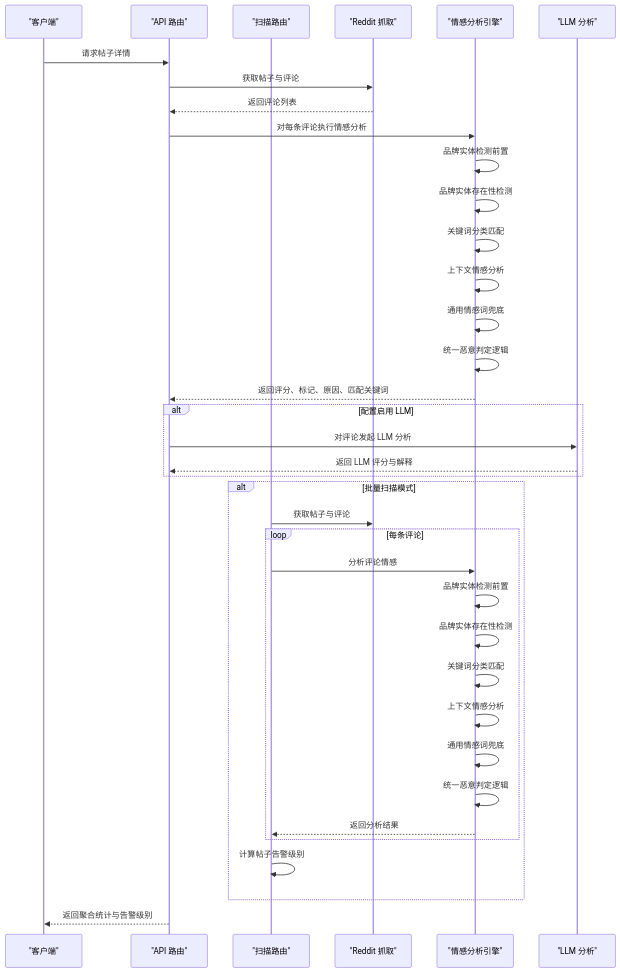
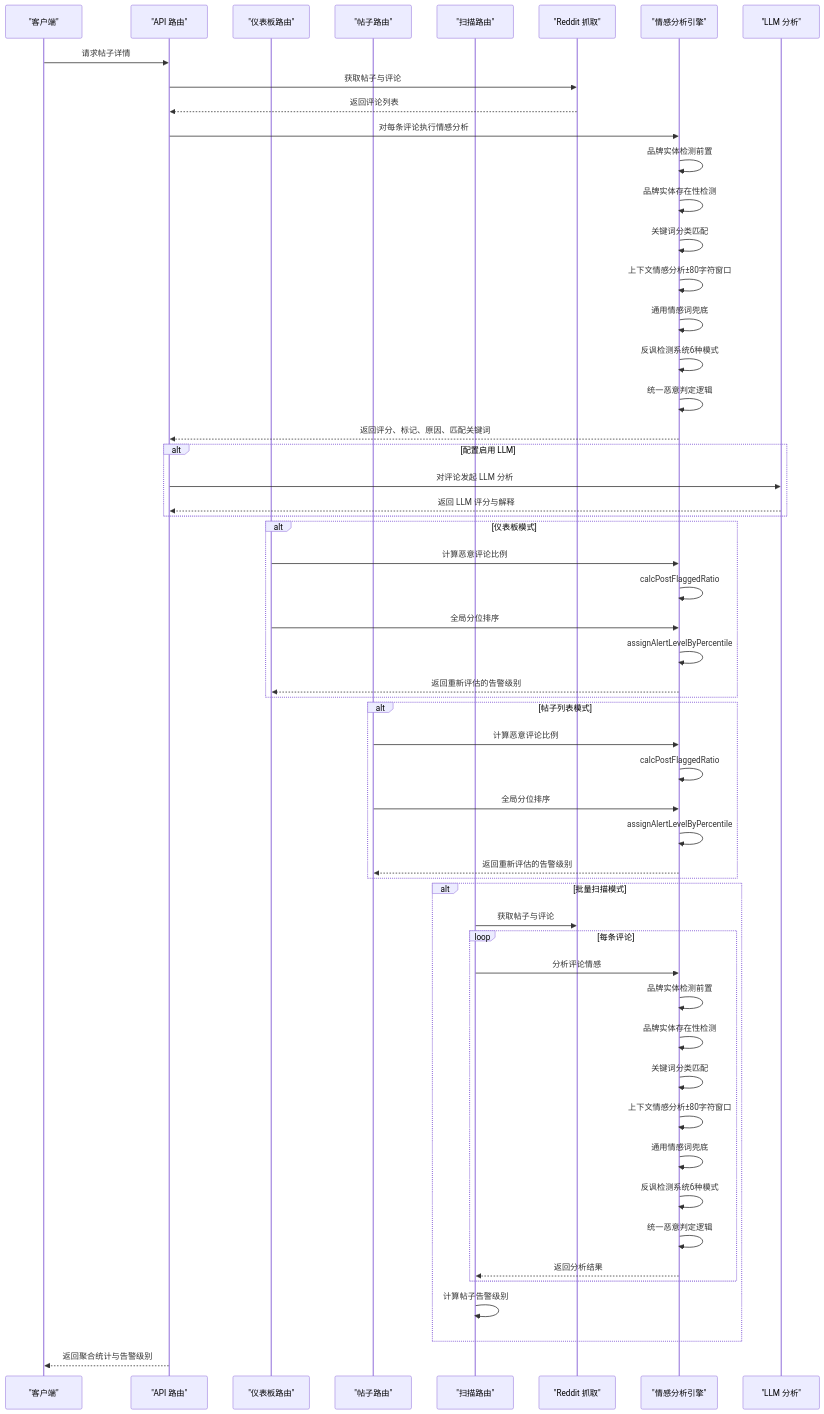
Before and after one commit to zezzezzez/reddit: the second of 10 diagrams in .qoder/repowiki/zh/content/核心模块/情感分析引擎.md, drawn with Mermaid. The commit also changed other lines of this file and 21 other files, not shown here.

````diff
--- a/.qoder/repowiki/zh/content/核心模块/情感分析引擎.md
+++ b/.qoder/repowiki/zh/content/核心模块/情感分析引擎.md
@@ -116,39 +147,57 @@
 ```mermaid
 sequenceDiagram
 participant Client as "客户端"
 participant API as "API 路由"
+participant Dashboard as "仪表板路由"
+participant Posts as "帖子路由"
 participant Scan as "扫描路由"
 participant Reddit as "Reddit 抓取"
 participant Engine as "情感分析引擎"
 participant LLM as "LLM 分析"
 Client->>API : 请求帖子详情
 API->>Reddit : 获取帖子与评论
 Reddit-->>API : 返回评论列表
 API->>Engine : 对每条评论执行情感分析
 Engine->>Engine : 品牌实体检测前置
 Engine->>Engine : 品牌实体存在性检测
 Engine->>Engine : 关键词分类匹配
-Engine->>Engine : 上下文情感分析
+Engine->>Engine : 上下文情感分析±80字符窗口
 Engine->>Engine : 通用情感词兜底
+Engine->>Engine : 反讽检测系统6种模式
 Engine->>Engine : 统一恶意判定逻辑
 Engine-->>API : 返回评分、标记、原因、匹配关键词
 alt 配置启用 LLM
 API->>LLM : 对评论发起 LLM 分析
 LLM-->>API : 返回 LLM 评分与解释
+end
+alt 仪表板模式
+Dashboard->>Engine : 计算恶意评论比例
+Engine->>Engine : calcPostFlaggedRatio
+Dashboard->>Engine : 全局分位排序
+Engine->>Engine : assignAlertLevelByPercentile
+Engine-->>Dashboard : 返回重新评估的告警级别
+end
+alt 帖子列表模式
+Posts->>Engine : 计算恶意评论比例
+Engine->>Engine : calcPostFlaggedRatio
+Posts->>Engine : 全局分位排序
+Engine->>Engine : assignAlertLevelByPercentile
+Engine-->>Posts : 返回重新评估的告警级别
 end
 alt 批量扫描模式
 Scan->>Reddit : 获取帖子与评论
 Loop 每条评论
 Scan->>Engine : 分析评论情感
 Engine->>Engine : 品牌实体检测前置
 Engine->>Engine : 品牌实体存在性检测
 Engine->>Engine : 关键词分类匹配
-Engine->>Engine : 上下文情感分析
+Engine->>Engine : 上下文情感分析±80字符窗口
 Engine->>Engine : 通用情感词兜底
+Engine->>Engine : 反讽检测系统6种模式
 Engine->>Engine : 统一恶意判定逻辑
 Engine-->>Scan : 返回分析结果
 end
 Scan->>Scan : 计算帖子告警级别
 end
 API-->>Client : 返回聚合统计与告警级别
 ```
````
